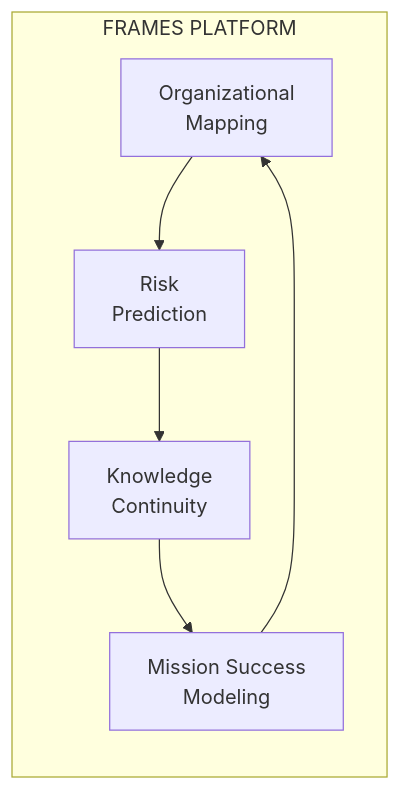
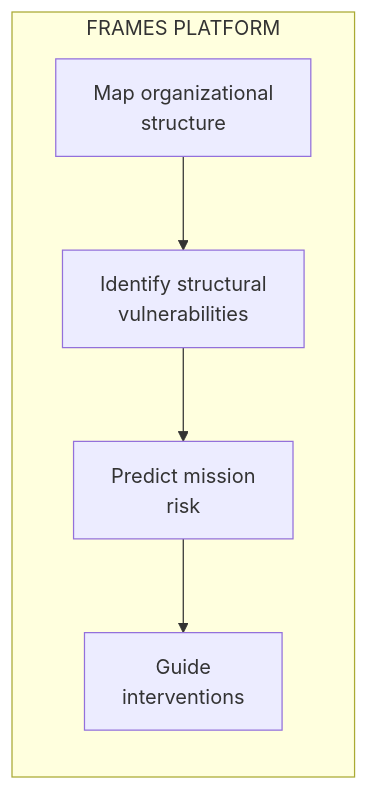
One commit to Lizo-RoadTown/Portfolio changed the diagram in index.md. Above: the diagram before and after it, drawn with Mermaid. The commit also changed other lines of this file and 4 other files, not shown here.

````diff
--- a/index.md
+++ b/index.md
@@ -38,14 +32,11 @@
 ```mermaid
 graph LR
     subgraph FRAMES["FRAMES PLATFORM"]
-        A["Organizational<br/>Mapping"]
-        B["Risk<br/>Prediction"]
-        C["Knowledge<br/>Continuity"]
-        D["Mission Success<br/>Modeling"]
+        A["Map organizational<br/>structure"]
+        B["Identify structural<br/>vulnerabilities"]
+        C["Predict mission<br/>risk"]
+        D["Guide<br/>interventions"]
     end
     
-    A --> B
-    B --> C
-    C --> D
-    D --> A
+    A --> B --> C --> D
 ```
````
